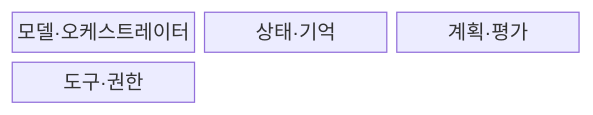
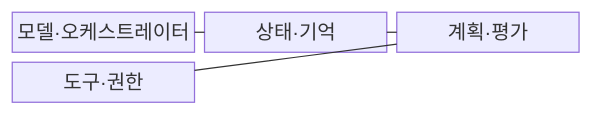
Before and after one commit to agnusdei1207/knowledge-base: the first of 2 diagrams in src/content/docs/notes/08-latest-tech/001_ai_agent_system.md, drawn with Mermaid. The commit also changed other lines of this file and 228 other files, not shown here.

````diff
--- a/src/content/docs/notes/08-latest-tech/001_ai_agent_system.md
+++ b/src/content/docs/notes/08-latest-tech/001_ai_agent_system.md
@@ -52,8 +52,11 @@
 ```mermaid
 block-beta
     columns 3
     M["모델·오케스트레이터"]
     S["상태·기억"]
     P["계획·평가"]
     T["도구·권한"]
+    M --- S
+    S --- P
+    P --- T
 ```
````
